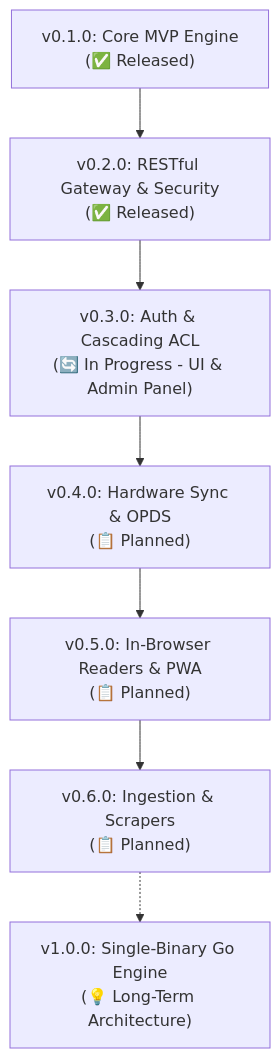
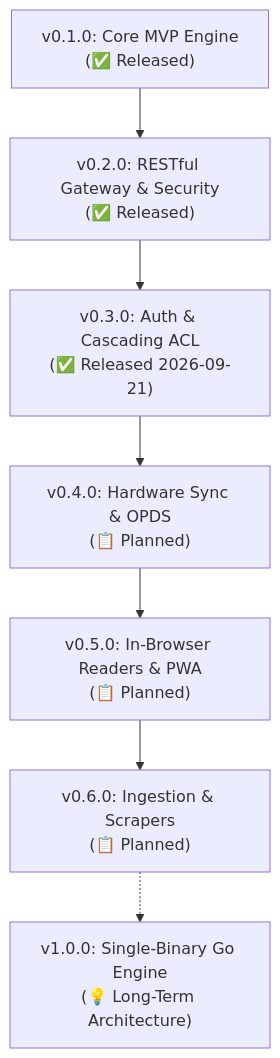
Before and after one commit to demeesterroeland/skalybr: the diagram in ROADMAP.md, drawn with Mermaid. The commit also changed other lines of this file and 12 other files, not shown here.

````diff
--- a/ROADMAP.md
+++ b/ROADMAP.md
@@ -9,9 +9,9 @@
 ```mermaid
 flowchart TD
     V01["v0.1.0: Core MVP Engine<br/>(✅ Released)"] --> V02["v0.2.0: RESTful Gateway & Security<br/>(✅ Released)"]
-    V02 --> V03["v0.3.0: Auth & Cascading ACL<br/>(🔄 In Progress - UI & Admin Panel)"]
+    V02 --> V03["v0.3.0: Auth & Cascading ACL<br/>(✅ Released 2026-09-21)"]
     V03 --> V04["v0.4.0: Hardware Sync & OPDS<br/>(📋 Planned)"]
     V04 --> V05["v0.5.0: In-Browser Readers & PWA<br/>(📋 Planned)"]
     V05 --> V06["v0.6.0: Ingestion & Scrapers<br/>(📋 Planned)"]
     V06 -.-> V07["v1.0.0: Single-Binary Go Engine<br/>(💡 Long-Term Architecture)"]
 ```
````
